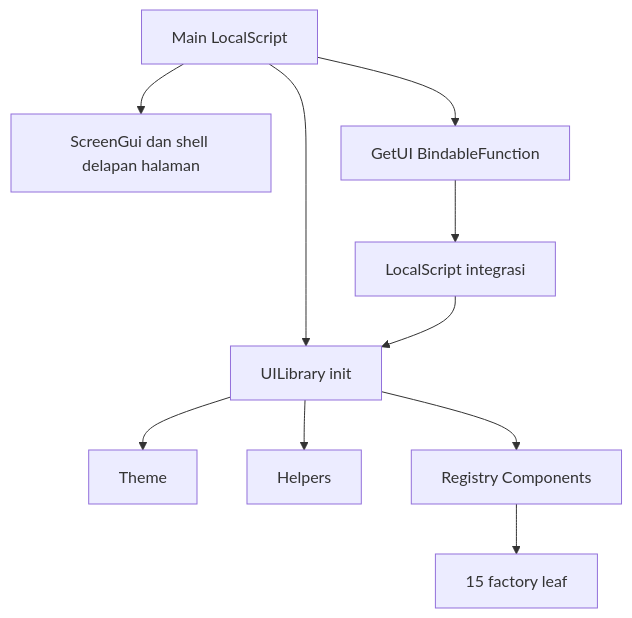
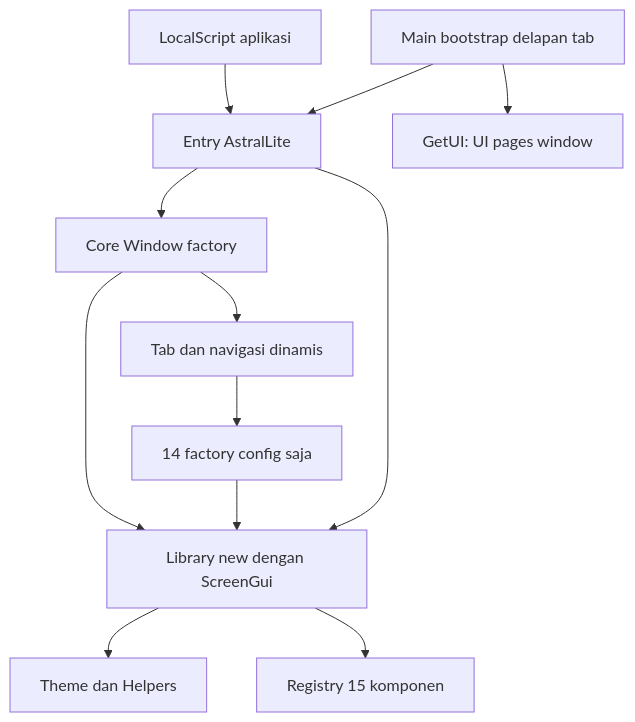
The diagram in docs/ARCHITECTURE.md (fauzagangsing-droid/UI-Astral), drawn with Mermaid before and after one commit. The commit also changed other lines of this file and 20 other files, not shown here.

````diff
--- a/docs/ARCHITECTURE.md
+++ b/docs/ARCHITECTURE.md
@@ -5,12 +7,14 @@
 ```mermaid
 flowchart TD
-    Main[Main LocalScript] --> Library[UILibrary init]
-    Library --> Theme[Theme]
-    Library --> Helpers[Helpers]
-    Library --> Registry[Registry Components]
-    Registry --> Leaf[15 factory leaf]
-    Main --> Shell[ScreenGui dan shell delapan halaman]
-    Main --> Endpoint[GetUI BindableFunction]
-    Endpoint --> Consumer[LocalScript integrasi]
-    Consumer --> Library
+    Consumer[LocalScript aplikasi] --> Entry[Entry AstralLite]
+    Main[Main bootstrap delapan tab] --> Entry
+    Entry --> Window[Core Window factory]
+    Window --> LowLevel[Library new dengan ScreenGui]
+    Entry --> LowLevel
+    LowLevel --> Theme[Theme dan Helpers]
+    LowLevel --> Registry[Registry 15 komponen]
+    Window --> Tabs[Tab dan navigasi dinamis]
+    Tabs --> Factories[14 factory config saja]
+    Factories --> LowLevel
+    Main --> Getter[GetUI: UI pages window]
 ```
````
